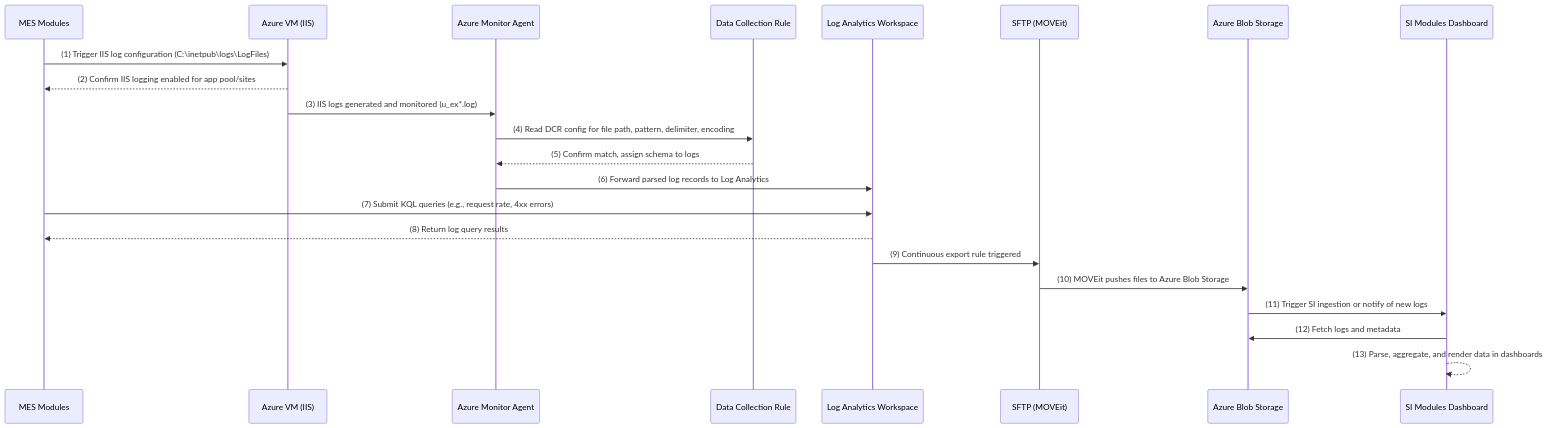
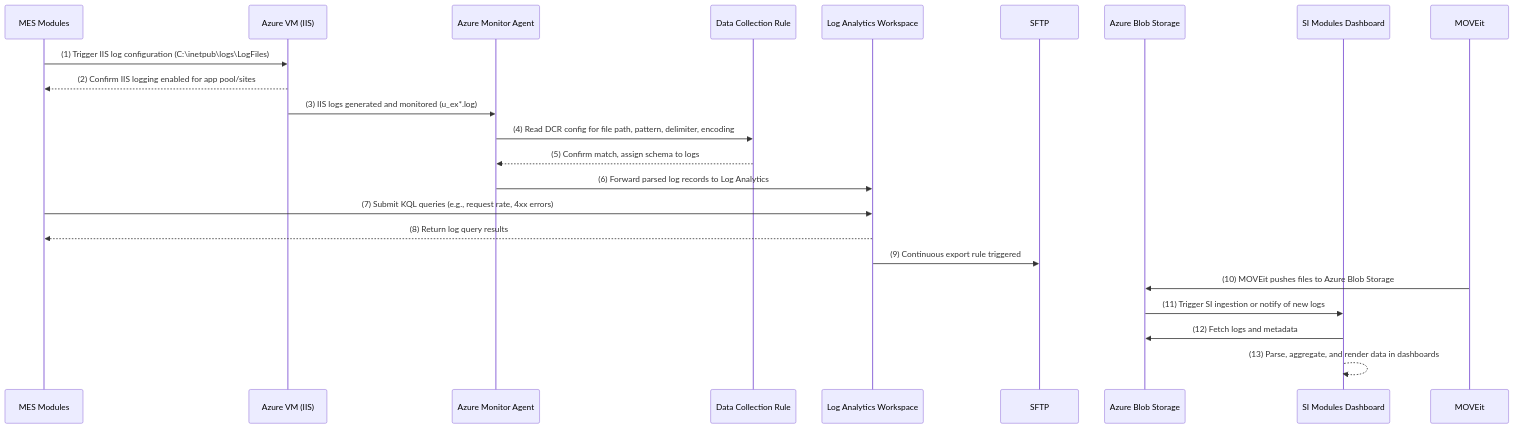
One commit to oigbokwe73/Azure-Policy-On-Resource-Group changed the first of 6 diagrams in README.md. Above: the diagram before and after it, drawn with Mermaid. The commit also changed other lines of this file, not shown here.

````diff
--- a/README.md
+++ b/README.md
@@ -15,40 +15,40 @@
 ```mermaid
 sequenceDiagram
     participant MES as MES Modules
     participant VM as Azure VM (IIS)
     participant AMA as Azure Monitor Agent
     participant DCR as Data Collection Rule
     participant LAW as Log Analytics Workspace
-    participant MOVEit as SFTP (MOVEit)
+    participant SFTP as SFTP 
     participant Storage as Azure Blob Storage
     participant SI as SI Modules Dashboard
 
     %% Step 1: Initial log setup
     MES->>VM: (1) Trigger IIS log configuration (C:\inetpub\logs\LogFiles)
     VM-->>MES: (2) Confirm IIS logging enabled for app pool/sites
 
     %% Step 2: Agent watches log folder
     VM->>AMA: (3) IIS logs generated and monitored (u_ex*.log)
 
     %% Step 3: Agent queries Data Collection Rule
     AMA->>DCR: (4) Read DCR config for file path, pattern, delimiter, encoding
     DCR-->>AMA: (5) Confirm match, assign schema to logs
 
     %% Step 4: Send logs to workspace
     AMA->>LAW: (6) Forward parsed log records to Log Analytics
 
     %% Step 5: Query for metrics
     MES->>LAW: (7) Submit KQL queries (e.g., request rate, 4xx errors)
     LAW-->>MES: (8) Return log query results
 
     %% Step 6: Export logs via pipeline
-    LAW->>MOVEit: (9) Continuous export rule triggered
+    LAW->>SFTP: (9) Continuous export rule triggered
     MOVEit->>Storage: (10) MOVEit pushes files to Azure Blob Storage
 
     %% Step 7: Storage readiness signal
     Storage->>SI: (11) Trigger SI ingestion or notify of new logs
 
     %% Step 8: Dashboard rendering
     SI->>Storage: (12) Fetch logs and metadata
     SI-->>SI: (13) Parse, aggregate, and render data in dashboards
 ```
````
